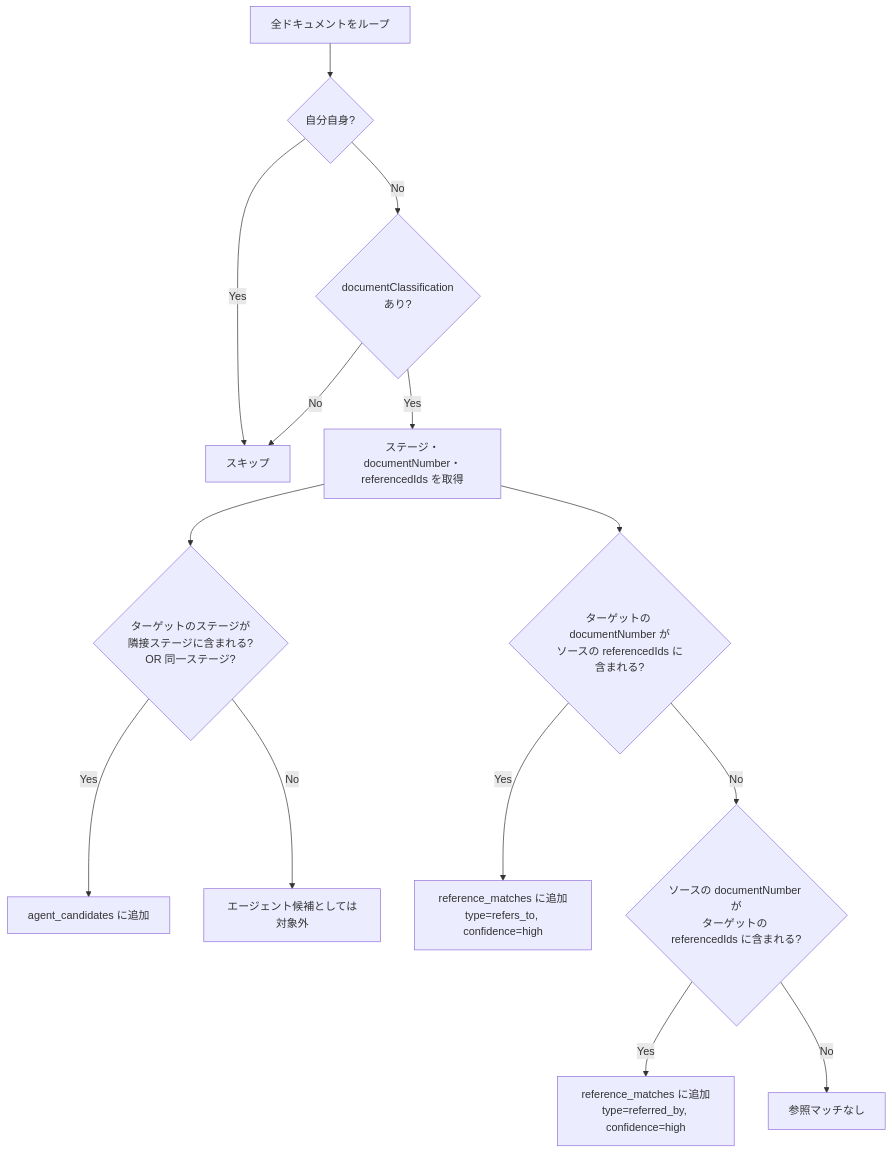
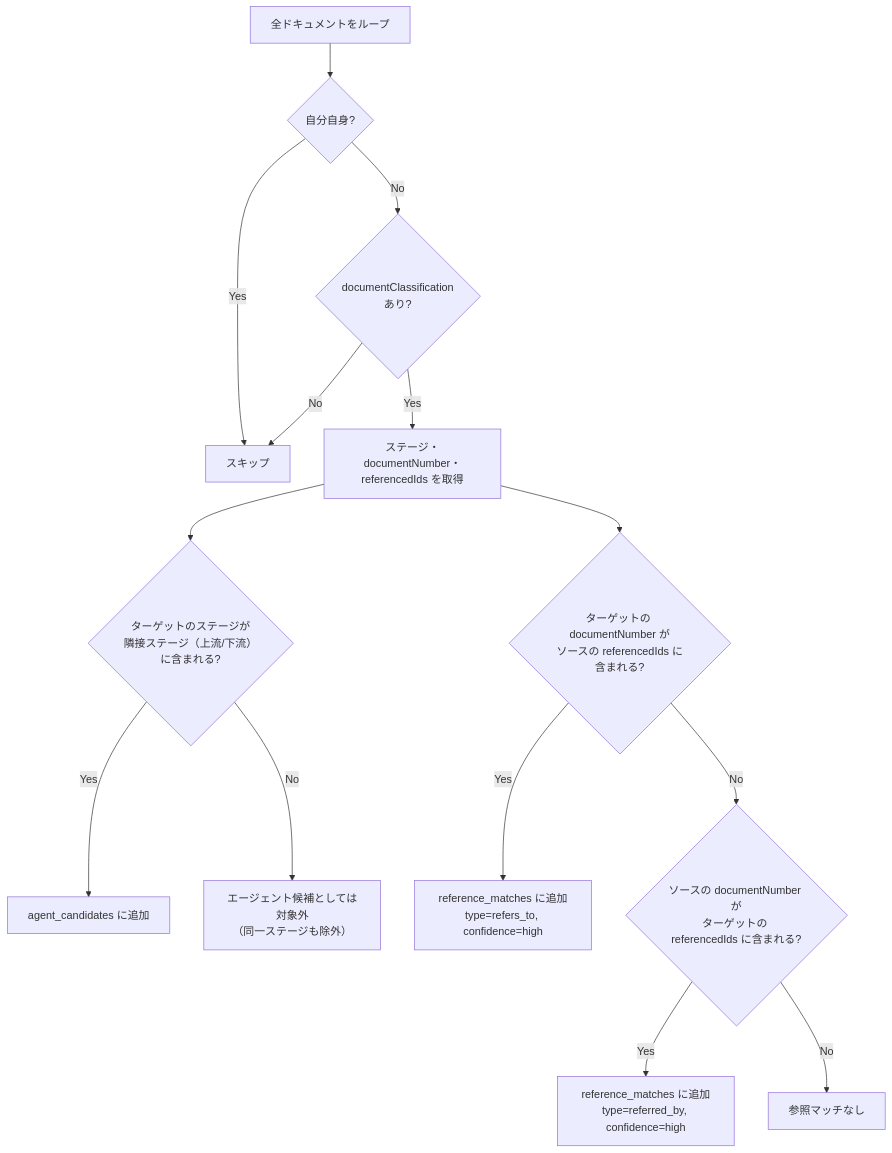
One commit to hatasaki/Manufacturing-Intelligent-Document-Management changed diagram 11 of 16 in docs/RELATIONSHIP_SPEC.md. Above: the diagram before and after it, drawn with Mermaid. The commit also changed other lines of this file, not shown here.

Commit message:
Refactor relationship specification diagrams and update filtering criteria for document comparisons

````diff
--- a/docs/RELATIONSHIP_SPEC.md
+++ b/docs/RELATIONSHIP_SPEC.md
@@ -740,18 +742,18 @@
 ```mermaid
 flowchart TD
     A[全ドキュメントをループ] --> B{自分自身?}
     B -->|Yes| SKIP[スキップ]
     B -->|No| C{documentClassification<br/>あり?}
     C -->|No| SKIP
     C -->|Yes| D[ステージ・documentNumber・referencedIds を取得]
 
-    D --> E{ターゲットのステージが<br/>隣接ステージに含まれる?<br/>OR 同一ステージ?}
+    D --> E{ターゲットのステージが<br/>隣接ステージ（上流/下流）に含まれる?}
     E -->|Yes| F[agent_candidates に追加]
-    E -->|No| G[エージェント候補としては対象外]
+    E -->|No| G[エージェント候補としては対象外<br/>（同一ステージも除外）]
 
     D --> H{ターゲットの documentNumber が<br/>ソースの referencedIds に含まれる?}
     H -->|Yes| I["reference_matches に追加<br/>type=refers_to, confidence=high"]
     H -->|No| J{ソースの documentNumber が<br/>ターゲットの referencedIds に含まれる?}
     J -->|Yes| K["reference_matches に追加<br/>type=referred_by, confidence=high"]
     J -->|No| L[参照マッチなし]
 ```
````
